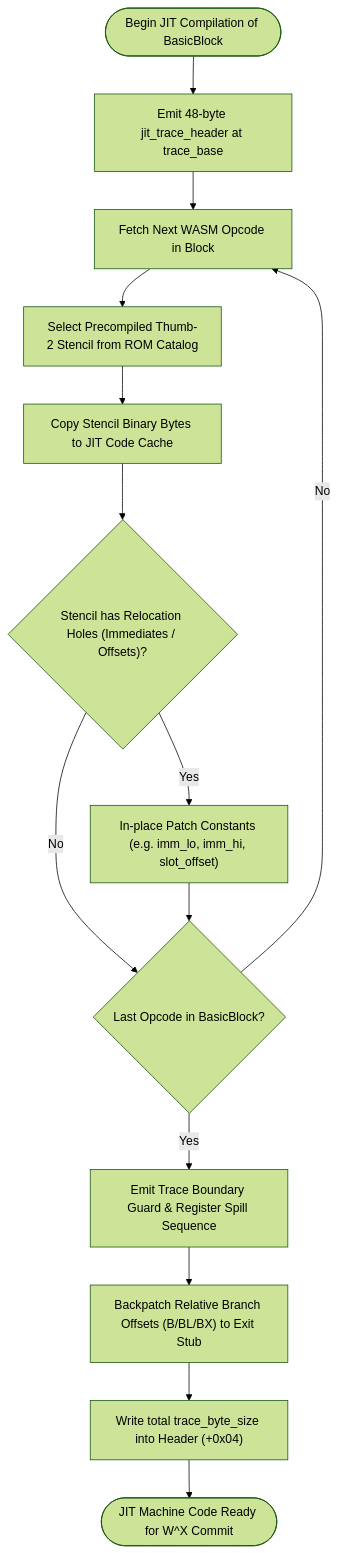
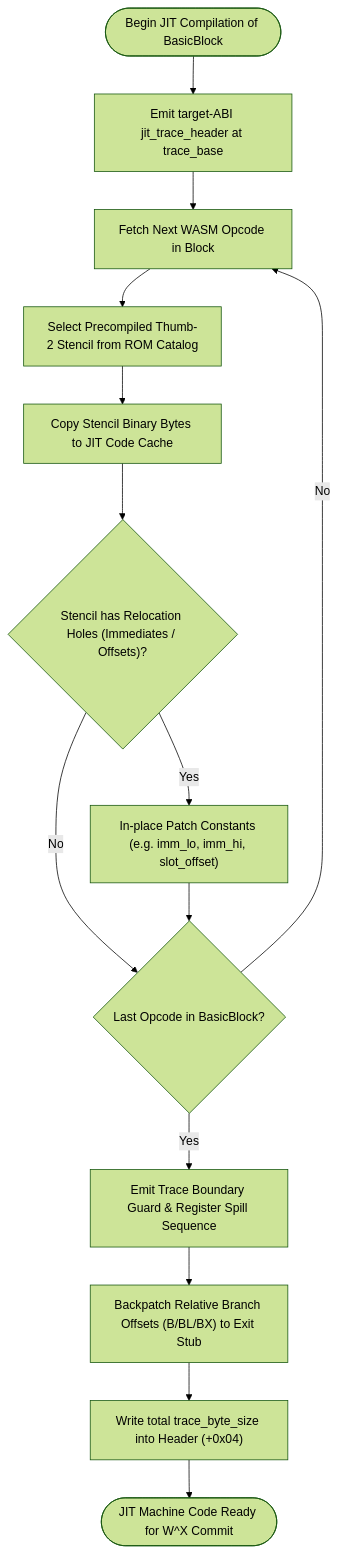
The third of 5 diagrams in docs/components/tier3_jit/jit_compiler.md (kmt-t/fireball), drawn with Mermaid (forest theme) before and after one commit. The commit also changed other lines of this file and 26 other files, not shown here.

Commit message:
Clarify runtime and JIT ABI contracts

````diff
--- a/docs/components/tier3_jit/jit_compiler.md
+++ b/docs/components/tier3_jit/jit_compiler.md
@@ -356,19 +331,19 @@
 ```mermaid
 flowchart TD
-    Start(["Begin JIT Compilation of BasicBlock"]) --> InitEmit["Emit 48-byte jit_trace_header at trace_base"]
+    Start(["Begin JIT Compilation of BasicBlock"]) --> InitEmit["Emit target-ABI jit_trace_header at trace_base"]
     InitEmit --> LoopOps["Fetch Next WASM Opcode in Block"]
 
     LoopOps --> SelectStencil["Select Precompiled Thumb-2 Stencil from ROM Catalog"]
     SelectStencil --> CopyBytes["Copy Stencil Binary Bytes to JIT Code Cache"]
     CopyBytes --> RelocImm{"Stencil has Relocation Holes (Immediates / Offsets)?"}
 
     RelocImm -- "Yes" --> PatchReloc["In-place Patch Constants (e.g. imm_lo, imm_hi, slot_offset)"]
     RelocImm -- "No" --> CheckLast{"Last Opcode in BasicBlock?"}
     PatchReloc --> CheckLast
 
     CheckLast -- "No" --> LoopOps
     CheckLast -- "Yes" --> EmitExit["Emit Trace Boundary Guard & Register Spill Sequence"]
     EmitExit --> Backpatch["Backpatch Relative Branch Offsets (B/BL/BX) to Exit Stub"]
     Backpatch --> FinalizeSize["Write total trace_byte_size into Header (+0x04)"]
     FinalizeSize --> Complete(["JIT Machine Code Ready for W^X Commit"])
 ```
````
